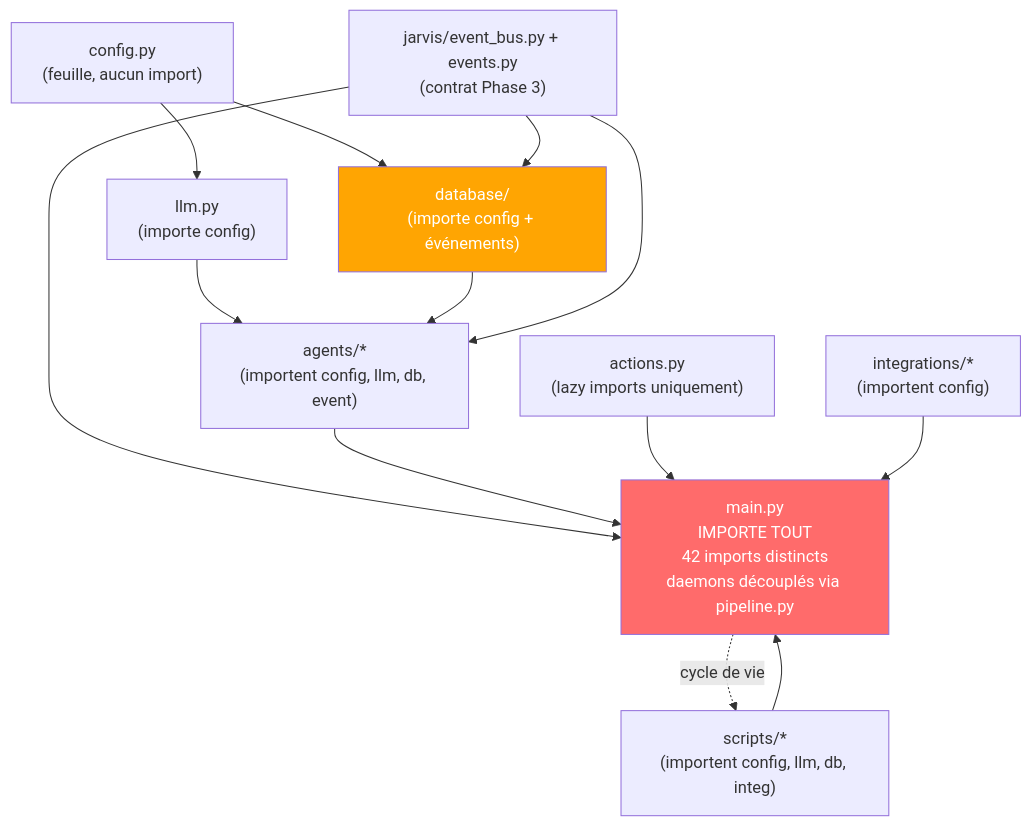
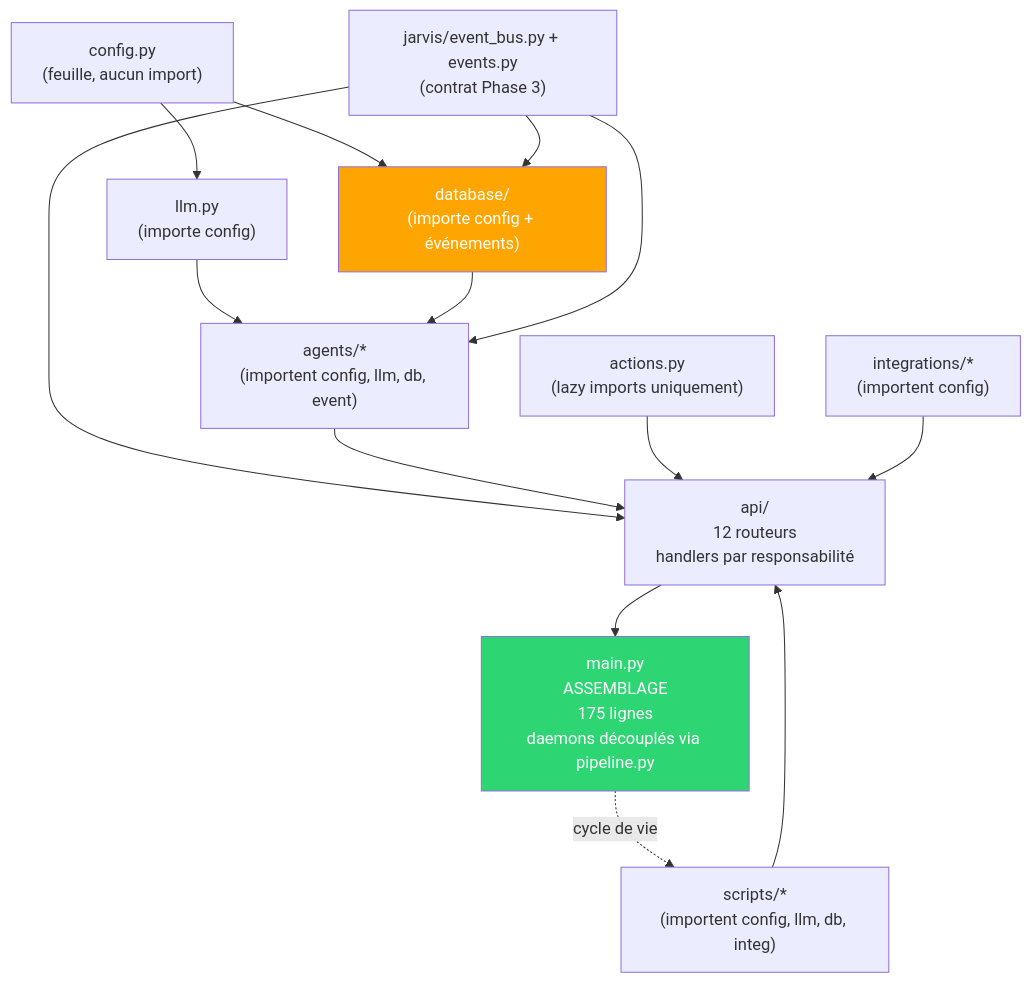
The first of 5 diagrams in Architecture/01_CARTOGRAPHIE.md (AVTAVANTTOUT2/JarvisAPI), drawn with Mermaid before and after one commit. The commit also changed other lines of this file and 18 other files, not shown here.

````diff
--- a/Architecture/01_CARTOGRAPHIE.md
+++ b/Architecture/01_CARTOGRAPHIE.md
@@ -180,32 +186,34 @@
 ```mermaid
 graph TB
     CONFIG["config.py<br/>(feuille, aucun import)"]
     LLM["llm.py<br/>(importe config)"]
     DB["database/<br/>(importe config + événements)"]
     EVENT["jarvis/event_bus.py + events.py<br/>(contrat Phase 3)"]
 
     AGENTS["agents/*<br/>(importent config, llm, db, event)"]
     ACTIONS["actions.py<br/>(lazy imports uniquement)"]
     INTEG["integrations/*<br/>(importent config)"]
     SCRIPTS["scripts/*<br/>(importent config, llm, db, integ)"]
 
-    MAIN["main.py<br/>IMPORTE TOUT<br/>42 imports distincts<br/>daemons découplés via pipeline.py"]
+    MAIN["main.py<br/>ASSEMBLAGE<br/>175 lignes<br/>daemons découplés via pipeline.py"]
+    API["api/<br/>12 routeurs<br/>handlers par responsabilité"]
 
     CONFIG --> LLM
     CONFIG --> DB
     LLM --> AGENTS
     DB --> AGENTS
     EVENT --> AGENTS
-    EVENT --> MAIN
+    EVENT --> API
     EVENT --> DB
 
-    AGENTS --> MAIN
-    ACTIONS --> MAIN
-    INTEG --> MAIN
-    SCRIPTS --> MAIN
+    AGENTS --> API
+    ACTIONS --> API
+    INTEG --> API
+    SCRIPTS --> API
+    API --> MAIN
 
     MAIN -.->|cycle de vie| SCRIPTS
 
-    style MAIN fill:#ff6b6b,color:#fff
+    style MAIN fill:#2ed573,color:#fff
     style DB fill:#ffa502,color:#fff
 ```
````
